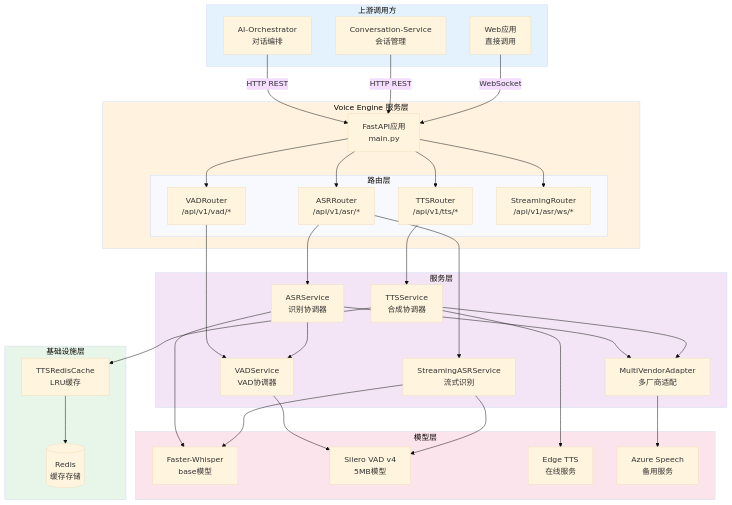
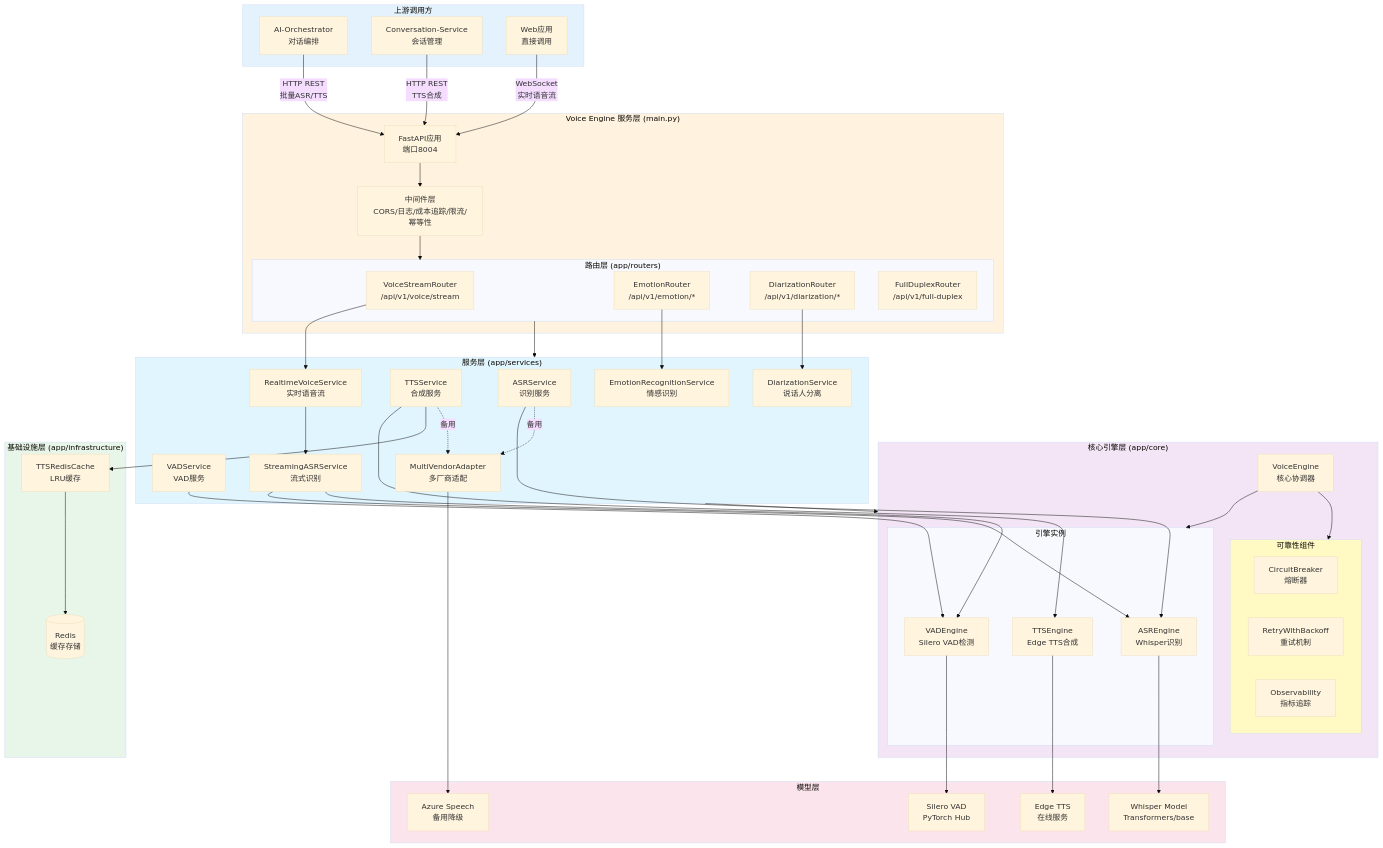
One commit to haoyunlt/VoiceAssistant changed the first of 6 diagrams in docs/VoiceAssistant-10-Voice-Engine.md. Above: the diagram before and after it, drawn with Mermaid (base theme). The commit also changed other lines of this file and 161 other files, not shown here.

````diff
--- a/docs/VoiceAssistant-10-Voice-Engine.md
+++ b/docs/VoiceAssistant-10-Voice-Engine.md
@@ -96,71 +96,97 @@
         WebApp["Web应用<br/>直接调用"]
     end
 
-    subgraph VoiceEngine["Voice Engine 服务层"]
-        FastAPI["FastAPI应用<br/>main.py"]
+    subgraph VoiceEngine["Voice Engine 服务层 (main.py)"]
+        FastAPI["FastAPI应用<br/>端口8004"]
+        Middleware["中间件层<br/>CORS/日志/成本追踪/限流/幂等性"]
 
-        subgraph Routers["路由层"]
-            ASRRouter["ASRRouter<br/>/api/v1/asr/*"]
-            TTSRouter["TTSRouter<br/>/api/v1/tts/*"]
-            VADRouter["VADRouter<br/>/api/v1/vad/*"]
-            StreamRouter["StreamingRouter<br/>/api/v1/asr/ws/*"]
+        subgraph Routers["路由层 (app/routers)"]
+            VoiceStreamRouter["VoiceStreamRouter<br/>/api/v1/voice/stream"]
+            EmotionRouter["EmotionRouter<br/>/api/v1/emotion/*"]
+            DiarizationRouter["DiarizationRouter<br/>/api/v1/diarization/*"]
+            FullDuplexRouter["FullDuplexRouter<br/>/api/v1/full-duplex"]
         end
 
-        FastAPI --> ASRRouter
-        FastAPI --> TTSRouter
-        FastAPI --> VADRouter
-        FastAPI --> StreamRouter
+        FastAPI --> Middleware
+        Middleware --> Routers
     end
 
-    subgraph Services["服务层"]
-        ASRService["ASRService<br/>识别协调器"]
-        TTSService["TTSService<br/>合成协调器"]
-        VADService["VADService<br/>VAD协调器"]
-        StreamingASR["StreamingASRService<br/>流式识别"]
-        MultiVendor["MultiVendorAdapter<br/>多厂商适配"]
+    subgraph Core["核心引擎层 (app/core)"]
+        VoiceEngineCore["VoiceEngine<br/>核心协调器"]
+
+        subgraph Engines["引擎实例"]
+            ASREngine["ASREngine<br/>Whisper识别"]
+            TTSEngine["TTSEngine<br/>Edge TTS合成"]
+            VADEngine["VADEngine<br/>Silero VAD检测"]
+        end
+
+        subgraph Resilience["可靠性组件"]
+            CircuitBreaker["CircuitBreaker<br/>熔断器"]
+            Retry["RetryWithBackoff<br/>重试机制"]
+            Observability["Observability<br/>指标追踪"]
+        end
+
+        VoiceEngineCore --> Engines
+        VoiceEngineCore --> Resilience
     end
 
-    subgraph Infrastructure["基础设施层"]
+    subgraph Services["服务层 (app/services)"]
+        ASRService["ASRService<br/>识别服务"]
+        TTSService["TTSService<br/>合成服务"]
+        VADService["VADService<br/>VAD服务"]
+        StreamingASRService["StreamingASRService<br/>流式识别"]
+        RealtimeVoiceService["RealtimeVoiceService<br/>实时语音流"]
+        MultiVendorAdapter["MultiVendorAdapter<br/>多厂商适配"]
+        EmotionRecognitionService["EmotionRecognitionService<br/>情感识别"]
+        DiarizationService["DiarizationService<br/>说话人分离"]
+    end
+
+    subgraph Infrastructure["基础设施层 (app/infrastructure)"]
         TTSCache["TTSRedisCache<br/>LRU缓存"]
         Redis[(Redis<br/>缓存存储)]
     end
 
     subgraph Models["模型层"]
-        WhisperModel["Faster-Whisper<br/>base模型"]
-        SileroVAD["Silero VAD v4<br/>5MB模型"]
+        WhisperModel["Whisper Model<br/>Transformers/base"]
+        SileroVAD["Silero VAD<br/>PyTorch Hub"]
         EdgeTTS["Edge TTS<br/>在线服务"]
-        AzureSpeech["Azure Speech<br/>备用服务"]
+        AzureSpeech["Azure Speech<br/>备用降级"]
     end
 
-    AIOrch -->|HTTP REST| FastAPI
-    ConvSvc -->|HTTP REST| FastAPI
-    WebApp -->|WebSocket| FastAPI
+    AIOrch -->|"HTTP REST<br/>批量ASR/TTS"| FastAPI
+    ConvSvc -->|"HTTP REST<br/>TTS合成"| FastAPI
+    WebApp -->|"WebSocket<br/>实时语音流"| FastAPI
 
-    ASRRouter --> ASRService
-    ASRRouter --> StreamingASR
-    TTSRouter --> TTSService
-    VADRouter --> VADService
+    Routers --> Services
+    Services --> Core
 
-    ASRService --> VADService
-    ASRService --> WhisperModel
-    ASRService --> MultiVendor
+    VoiceStreamRouter --> RealtimeVoiceService
+    EmotionRouter --> EmotionRecognitionService
+    DiarizationRouter --> DiarizationService
+
+    ASRService --> ASREngine
+    TTSService --> TTSEngine
+    VADService --> VADEngine
+    StreamingASRService --> ASREngine
+    StreamingASRService --> VADEngine
+    RealtimeVoiceService --> StreamingASRService
+
+    ASREngine --> WhisperModel
+    TTSEngine --> EdgeTTS
+    VADEngine --> SileroVAD
 
     TTSService --> TTSCache
-    TTSService --> EdgeTTS
-    TTSService --> MultiVendor
+    TTSCache --> Redis
 
-    VADService --> SileroVAD
-
-    StreamingASR --> SileroVAD
-    StreamingASR --> WhisperModel
-
-    MultiVendor --> AzureSpeech
-
-    TTSCache --> Redis
+    MultiVendorAdapter --> AzureSpeech
+    ASRService -.备用.-> MultiVendorAdapter
+    TTSService -.备用.-> MultiVendorAdapter
 
     style Upstream fill:#e3f2fd
     style VoiceEngine fill:#fff3e0
-    style Services fill:#f3e5f5
+    style Core fill:#f3e5f5
+    style Services fill:#e1f5fe
     style Infrastructure fill:#e8f5e9
     style Models fill:#fce4ec
+    style Resilience fill:#fff9c4
 ```
````
